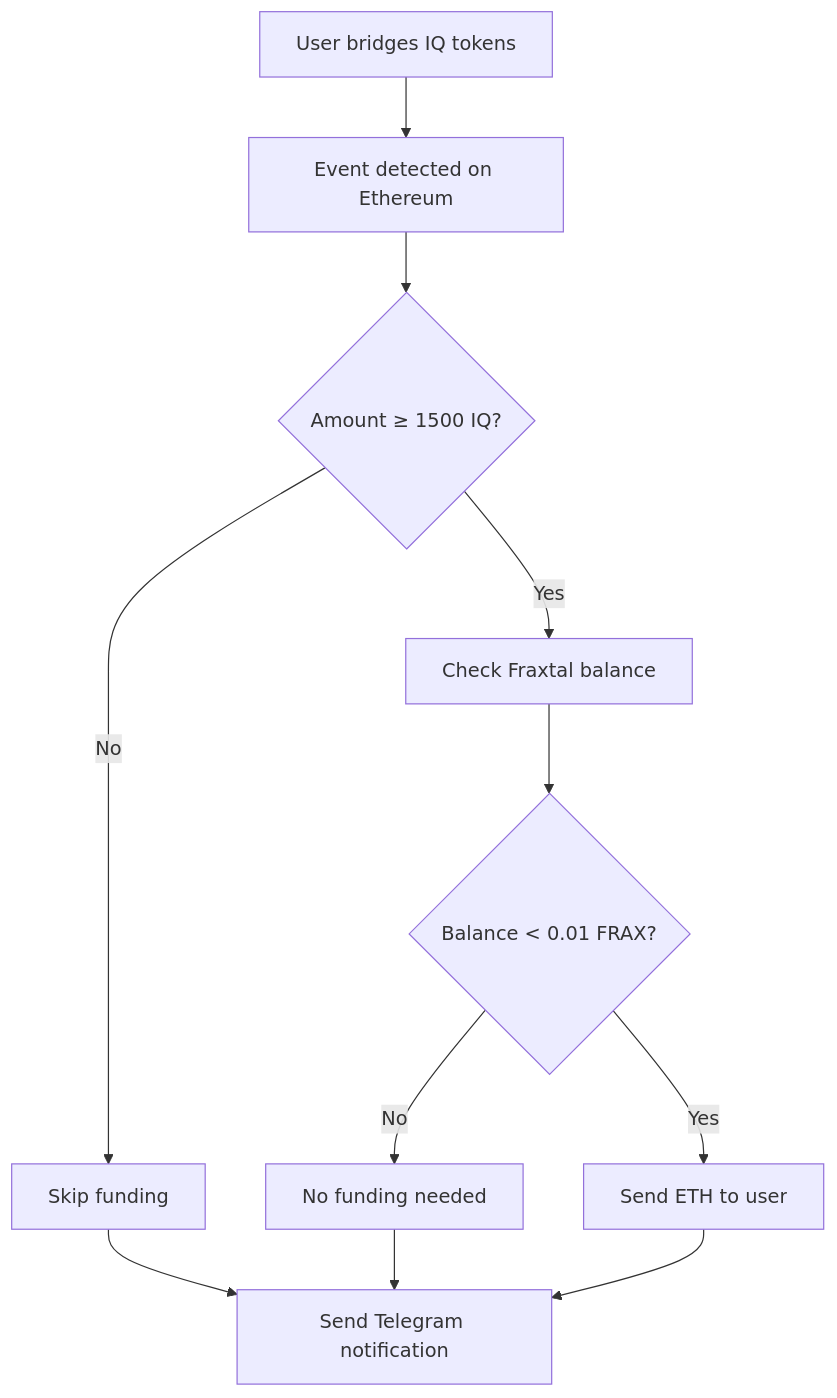
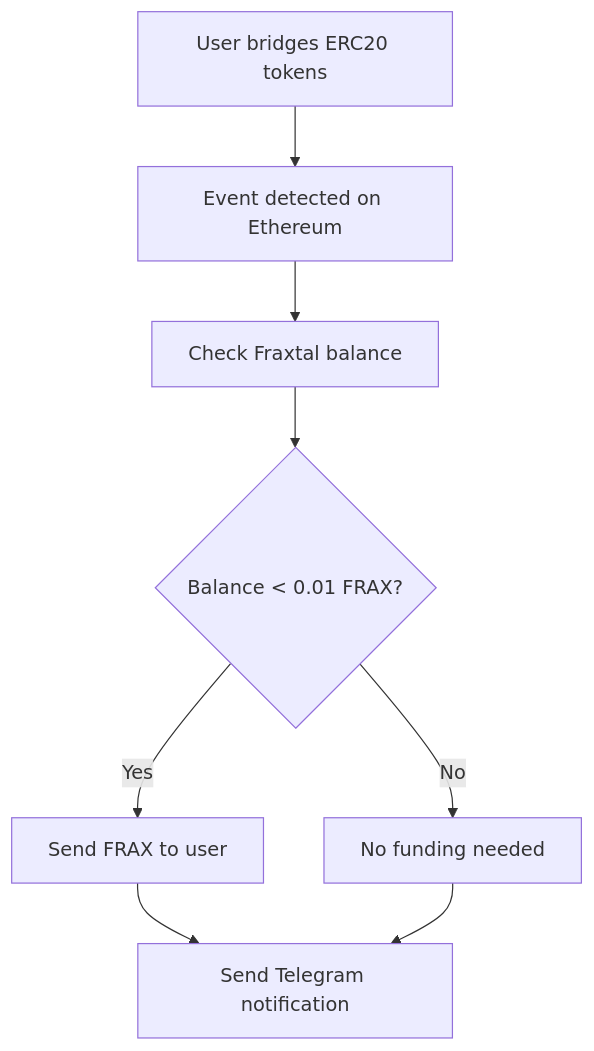
The diagram in README.md (IQAIcom/aiden-bridge-agent), drawn with Mermaid before and after one commit. The commit also changed other lines of this file, not shown here.

Commit message:
Update README for universal ERC20 bridge support

````diff
--- a/README.md
+++ b/README.md
@@ -56,13 +55,10 @@
 ```mermaid
 graph TD
-    A[User bridges IQ tokens] --> B[Event detected on Ethereum]
-    B --> C{Amount ≥ 1500 IQ?}
-    C -->|No| D[Skip funding]
-    C -->|Yes| E[Check Fraxtal balance]
-    E --> F{Balance < 0.01 FRAX?}
-    F -->|No| G[No funding needed]
-    F -->|Yes| H[Send ETH to user]
-    H --> I[Send Telegram notification]
-    D --> I
-    G --> I
+    A[User bridges ERC20 tokens] --> B[Event detected on Ethereum]
+    B --> C[Check Fraxtal balance]
+    C --> D{Balance < 0.01 FRAX?}
+    D -->|No| E[No funding needed]
+    D -->|Yes| F[Send FRAX to user]
+    F --> G[Send Telegram notification]
+    E --> G
 ```
````
